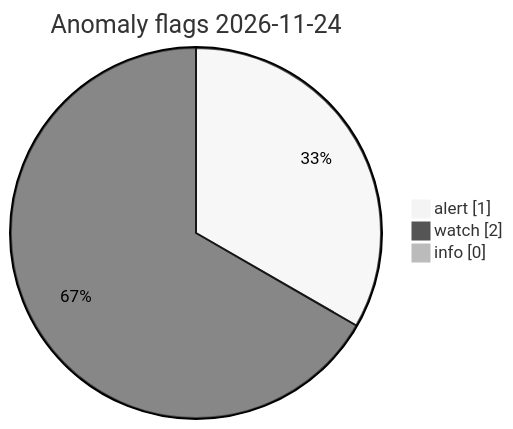
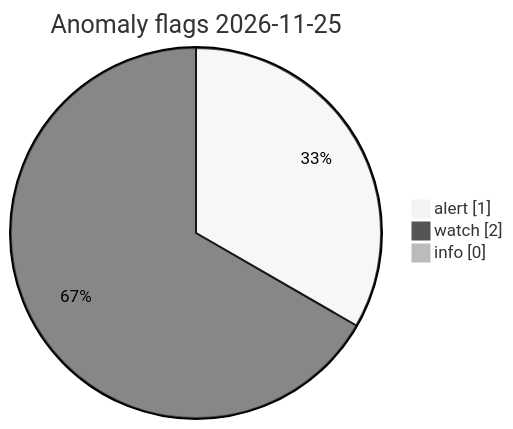
One commit to Midwest-Stratospheric/Unified-Open-Global-Weather changed the diagram in visuals/latest/CHARTS.md. Above: the diagram before and after it, drawn with Mermaid (neutral theme). The commit also changed other lines of this file and 23 other files, not shown here.

Commit message:
data(visuals): automated charts 2026-11-25T15:09Z

````diff
--- a/visuals/latest/CHARTS.md
+++ b/visuals/latest/CHARTS.md
@@ -73,7 +73,7 @@
 ```mermaid
 pie showData
-  title Anomaly flags 2026-11-24
+  title Anomaly flags 2026-11-25
   "alert" : 1
   "watch" : 2
   "info" : 0
 ```
````
